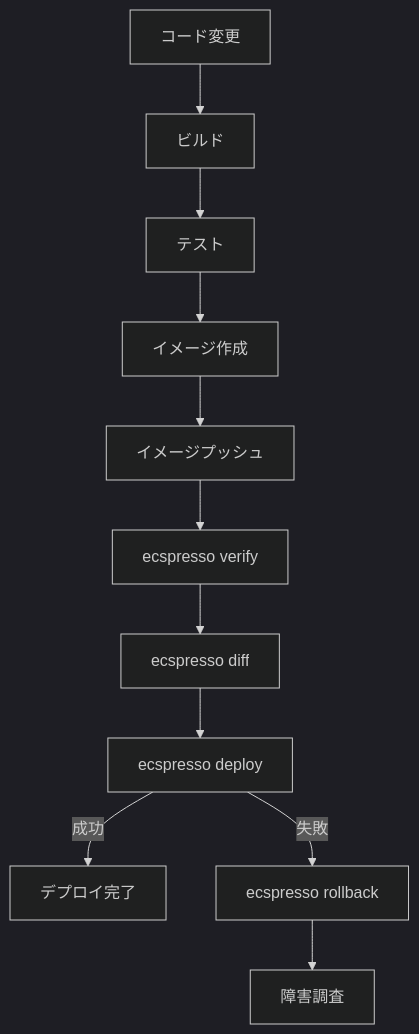
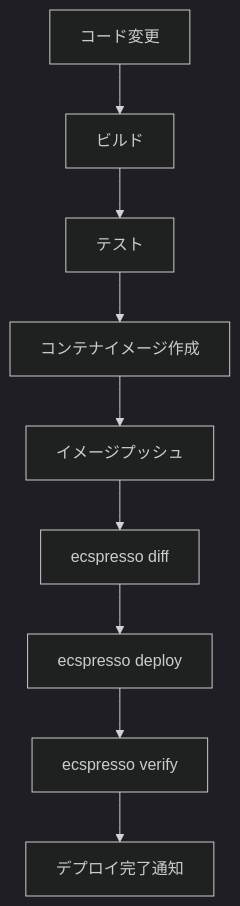
The first of 3 diagrams in ecspresso/practical/cicd.md (bufferings/devin-docs), drawn with Mermaid (dark theme) before and after one commit. The commit also changed other lines of this file and 18 other files, not shown here.

````diff
--- a/ecspresso/practical/cicd.md
+++ b/ecspresso/practical/cicd.md
@@ -209,13 +140,11 @@
 ```mermaid
 graph TD
-  A[コード変更] --> B[ビルド]
-  B --> C[テスト]
-  C --> D[イメージ作成]
-  D --> E[イメージプッシュ]
-  E --> F[ecspresso verify]
-  F --> G[ecspresso diff]
-  G --> H[ecspresso deploy]
-  H -->|成功| I[デプロイ完了]
-  H -->|失敗| J[ecspresso rollback]
-  J --> K[障害調査]
+    A[コード変更] --> B[ビルド]
+    B --> C[テスト]
+    C --> D[コンテナイメージ作成]
+    D --> E[イメージプッシュ]
+    E --> F[ecspresso diff]
+    F --> G[ecspresso deploy]
+    G --> H[ecspresso verify]
+    H --> I[デプロイ完了通知]
 ```
````
